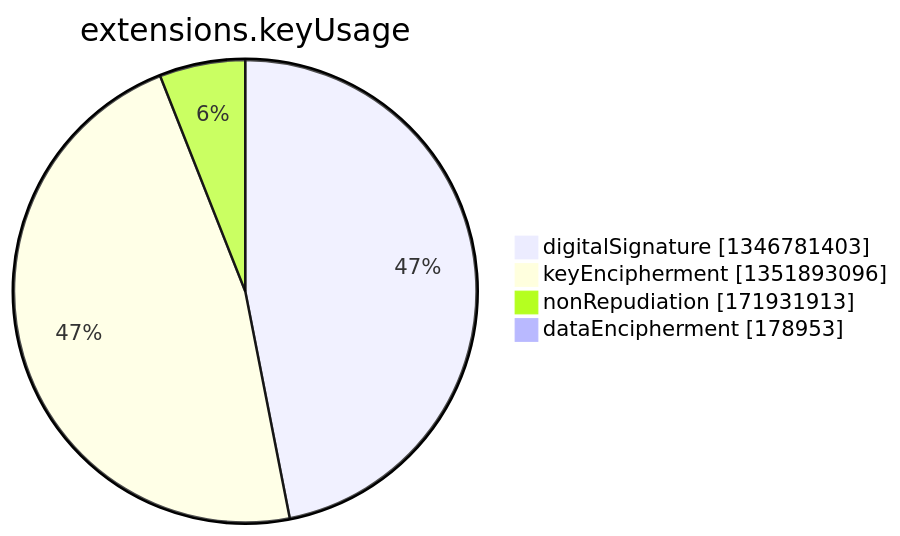
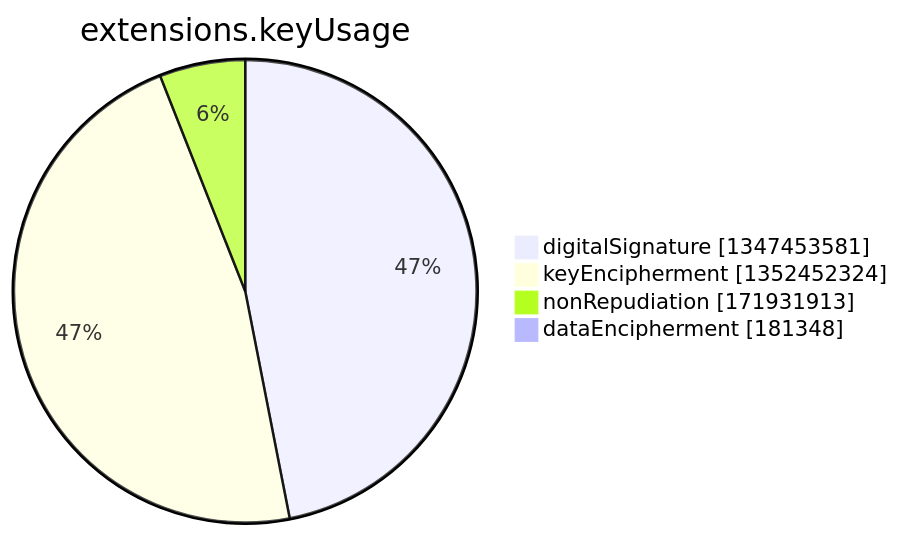
The seventh of 15 diagrams in argon2022/README.md (christiankrug/ctmonitor_visualization), drawn with Mermaid before and after one commit. The commit also changed other lines of this file, not shown here.

````diff
--- a/argon2022/README.md
+++ b/argon2022/README.md
@@ -2750,8 +2750,8 @@
 ```mermaid
 pie showData
 title extensions.keyUsage
-"digitalSignature" :1346781403
-"keyEncipherment" :1351893096
+"digitalSignature" :1347453581
+"keyEncipherment" :1352452324
 "nonRepudiation" :171931913
-"dataEncipherment" :178953
+"dataEncipherment" :181348
 ```
````
